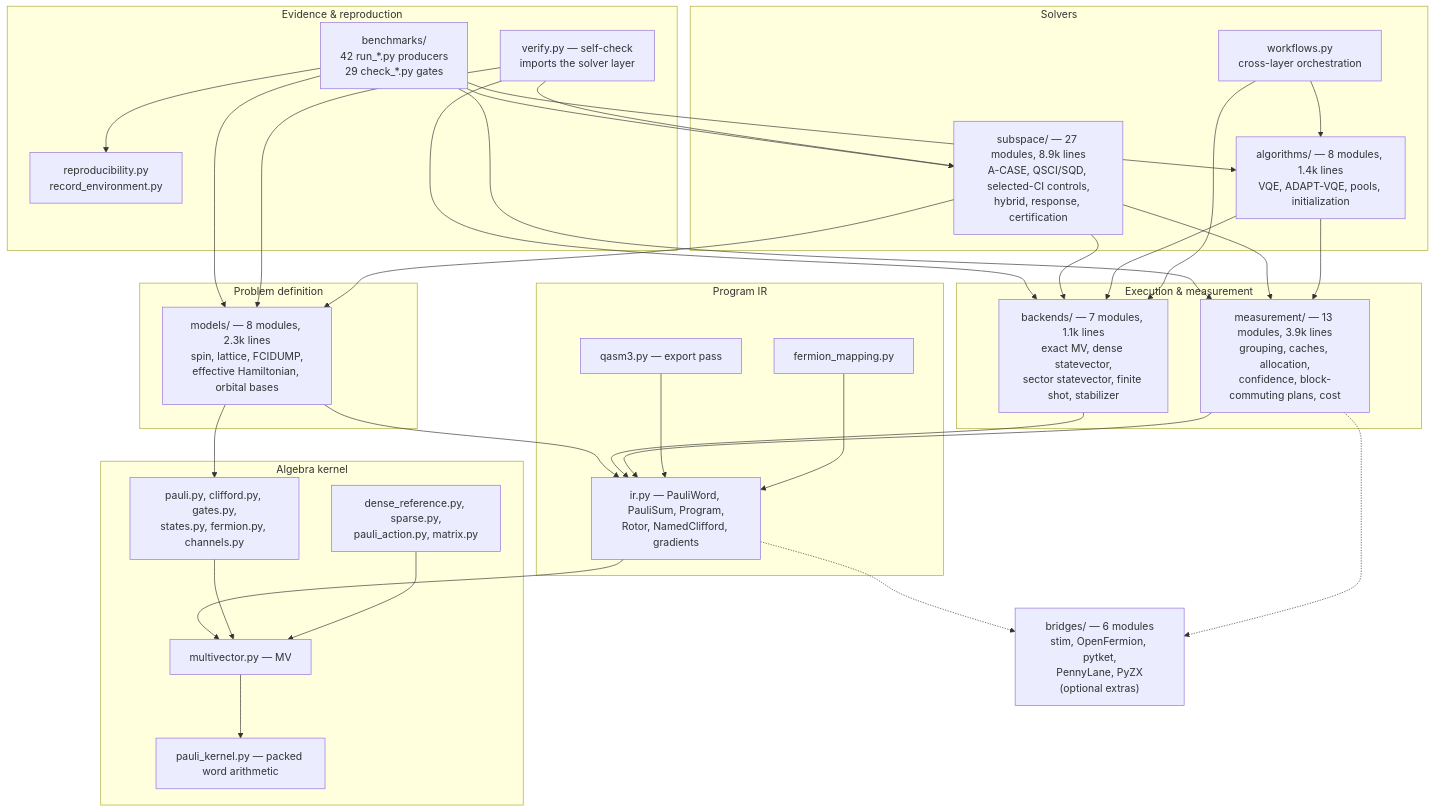
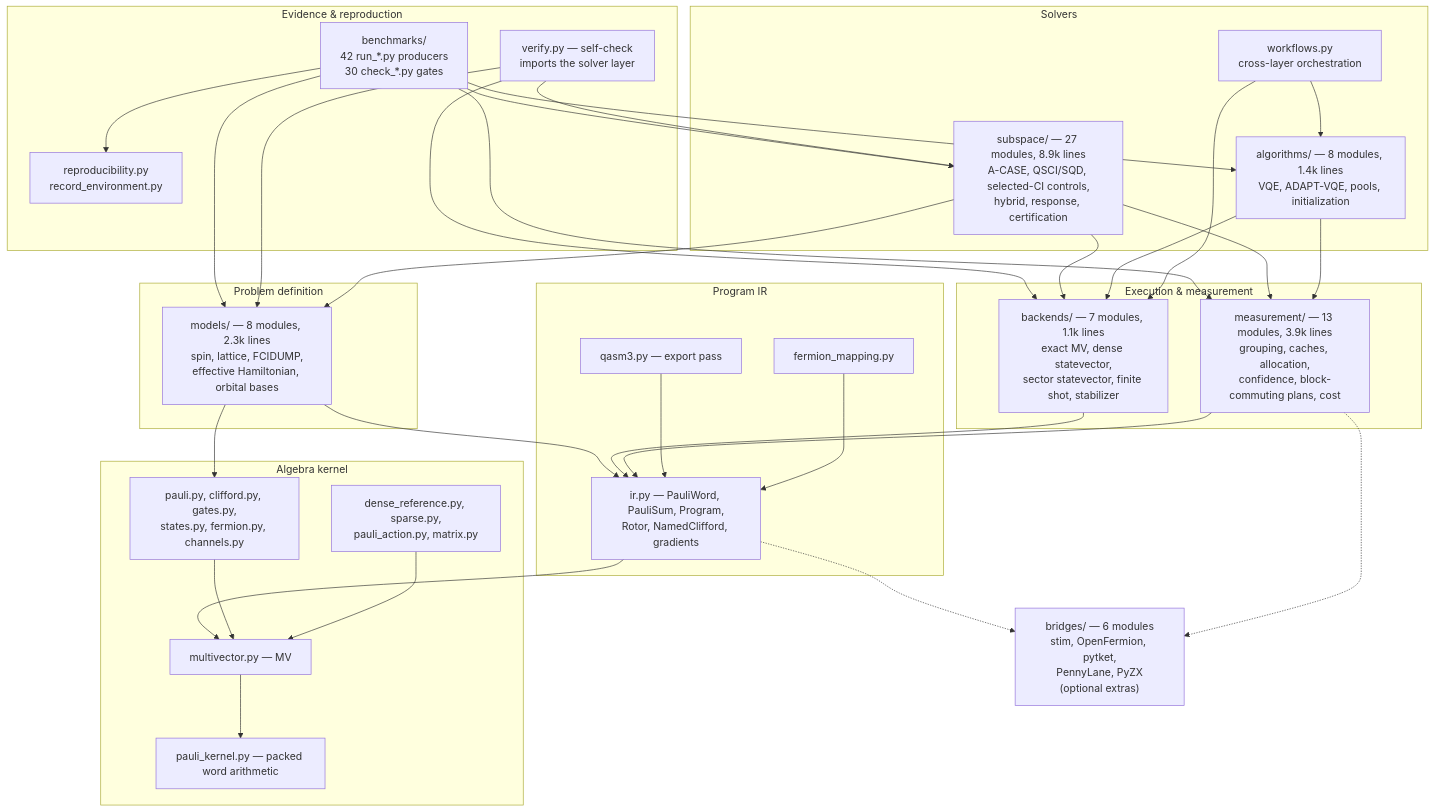
Before and after one commit to gutama/clifford_qc: the first of 5 diagrams in ARCHITECTURE.md, drawn with Mermaid. The commit also changed other lines of this file and 20 other files, not shown here.

Commit message:
Address architecture paper review findings

````diff
--- a/ARCHITECTURE.md
+++ b/ARCHITECTURE.md
@@ -38,66 +39,66 @@
 ```mermaid
 flowchart TD
     subgraph L6["Evidence & reproduction"]
-        BENCH["benchmarks/<br/>42 run_*.py producers<br/>29 check_*.py gates"]
+        BENCH["benchmarks/<br/>42 run_*.py producers<br/>30 check_*.py gates"]
         REPRO["reproducibility.py<br/>record_environment.py"]
         VERIFY["verify.py &mdash; self-check<br/>imports the solver layer"]
     end
 
     subgraph L5["Solvers"]
         SUBSPACE["subspace/ &mdash; 27 modules, 8.9k lines<br/>A-CASE, QSCI/SQD, selected-CI controls,<br/>hybrid, response, certification"]
         ALGOS["algorithms/ &mdash; 8 modules, 1.4k lines<br/>VQE, ADAPT-VQE, pools, initialization"]
         WORKFLOWS["workflows.py<br/>cross-layer orchestration"]
     end
 
     subgraph L4["Problem definition"]
         MODELS["models/ &mdash; 8 modules, 2.3k lines<br/>spin, lattice, FCIDUMP,<br/>effective Hamiltonian, orbital bases"]
     end
 
     subgraph L3["Execution & measurement"]
         BACKENDS["backends/ &mdash; 7 modules, 1.1k lines<br/>exact MV, dense statevector,<br/>sector statevector, finite shot, stabilizer"]
         MEAS["measurement/ &mdash; 13 modules, 3.9k lines<br/>grouping, caches, allocation,<br/>confidence, block-commuting plans, cost"]
     end
 
     subgraph L2["Program IR"]
         IR["ir.py &mdash; PauliWord, PauliSum, Program,<br/>Rotor, NamedClifford, gradients"]
         QASM["qasm3.py &mdash; export pass"]
         FMAP["fermion_mapping.py"]
     end
 
     subgraph L1["Algebra kernel"]
         MV["multivector.py &mdash; MV"]
         KERNEL["pauli_kernel.py &mdash; packed word arithmetic"]
         PAULI["pauli.py, clifford.py, gates.py,<br/>states.py, fermion.py, channels.py"]
         DENSE["dense_reference.py, sparse.py,<br/>pauli_action.py, matrix.py"]
     end
 
     BRIDGES["bridges/ &mdash; 6 modules<br/>stim, OpenFermion, pytket,<br/>PennyLane, PyZX<br/>(optional extras)"]
 
     BENCH --> SUBSPACE
     BENCH --> ALGOS
     BENCH --> MODELS
     BENCH --> MEAS
     BENCH --> REPRO
     VERIFY --> SUBSPACE
     VERIFY --> MODELS
     VERIFY --> BACKENDS
     SUBSPACE --> MEAS
     SUBSPACE --> BACKENDS
     SUBSPACE --> MODELS
     ALGOS --> MEAS
     ALGOS --> BACKENDS
     WORKFLOWS --> ALGOS
     WORKFLOWS --> BACKENDS
     MODELS --> IR
     MODELS --> PAULI
     BACKENDS --> IR
     MEAS --> IR
     IR --> MV
     QASM --> IR
     FMAP --> IR
     PAULI --> MV
     DENSE --> MV
     MV --> KERNEL
     IR -.-> BRIDGES
     MEAS -.-> BRIDGES
 ```
````
